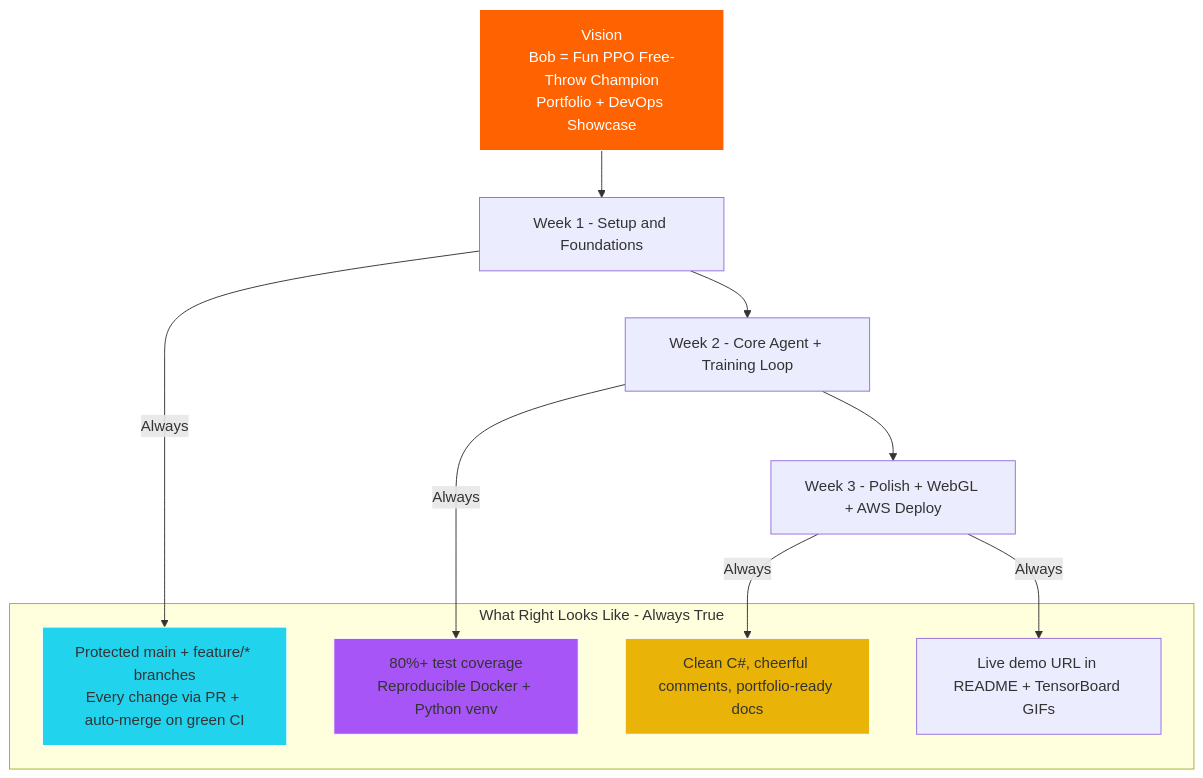
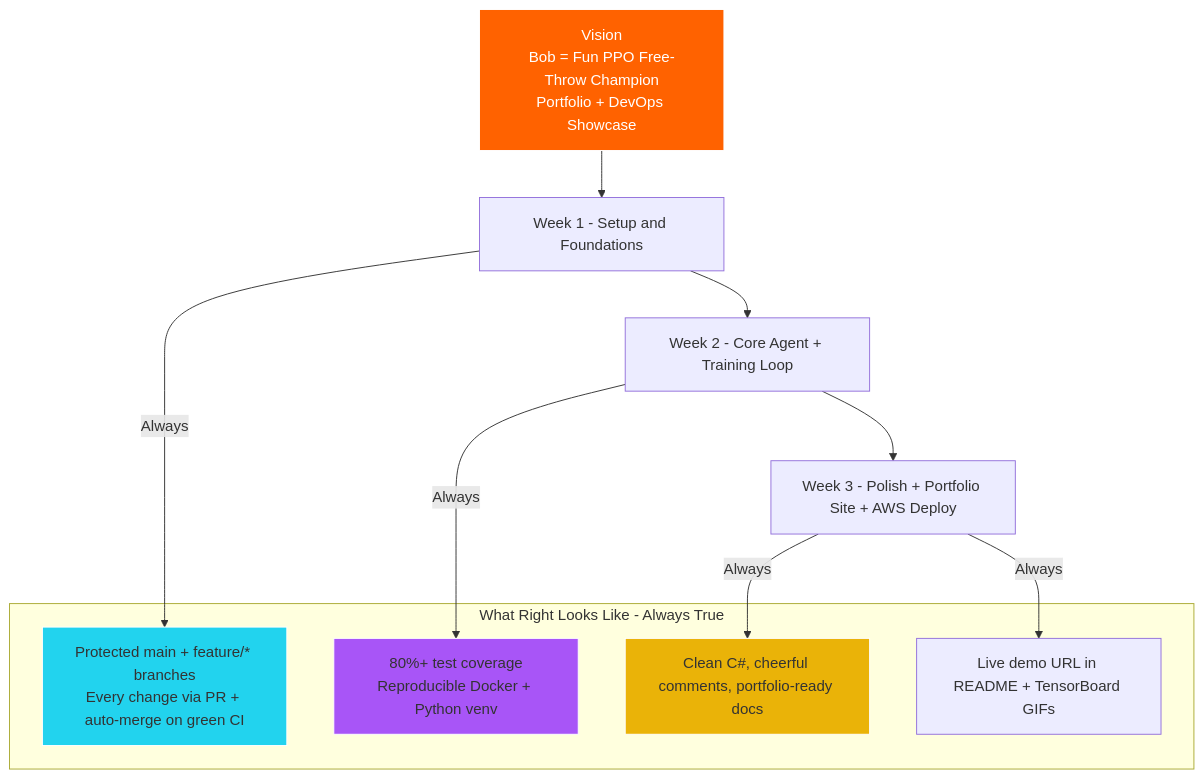
One commit to Bigessfour/Bob changed the first of 2 diagrams in docs/what-right-looks-like.md. Above: the diagram before and after it, drawn with Mermaid. The commit also changed other lines of this file and 15 other files, not shown here.

````diff
--- a/docs/what-right-looks-like.md
+++ b/docs/what-right-looks-like.md
@@ -24,24 +24,24 @@
 ```mermaid
 flowchart TD
     A["Vision<br/>Bob = Fun PPO Free-Throw Champion<br/>Portfolio + DevOps Showcase"]
     --> B["Week 1 - Setup and Foundations"]
     B --> C["Week 2 - Core Agent + Training Loop"]
-    C --> D["Week 3 - Polish + WebGL + AWS Deploy"]
+    C --> D["Week 3 - Polish + Portfolio Site + AWS Deploy"]
 
     subgraph WRLL["What Right Looks Like - Always True"]
         E["Protected main + feature/* branches<br/>Every change via PR + auto-merge on green CI"]
         F["80%+ test coverage<br/>Reproducible Docker + Python venv"]
         G["Clean C#, cheerful comments, portfolio-ready docs"]
         H["Live demo URL in README + TensorBoard GIFs"]
     end
 
     B -->|Always| E
     C -->|Always| F
     D -->|Always| G
     D -->|Always| H
 
     style A fill:#FF6200,stroke:#fff,color:#fff
     style E fill:#22d3ee,stroke:#fff
     style F fill:#a855f7,stroke:#fff
     style G fill:#eab308,stroke:#fff
 ```
````
